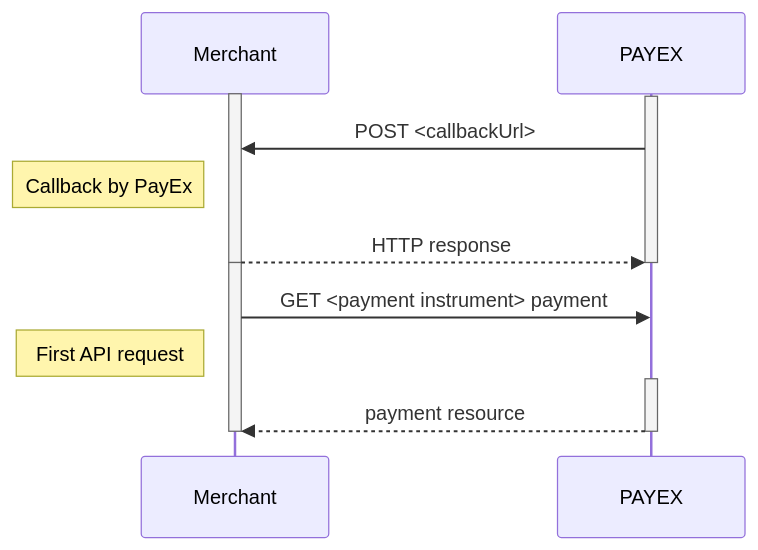
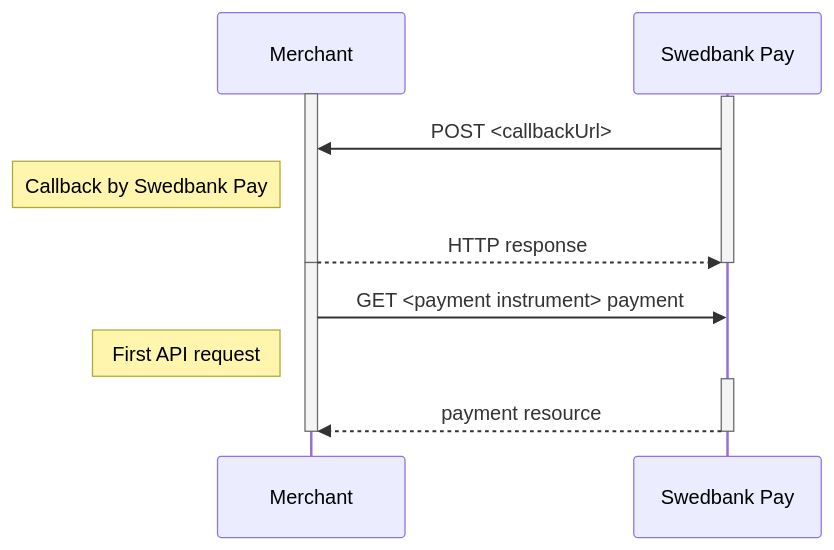
Before and after one commit to SwedbankPay/developer.swedbankpay.com: the diagram in _includes/callback-reference.md, drawn with Mermaid. The commit also changed other lines of this file and 2 other files, not shown here.

Commit message:
DX-363 Updated callback timings

````diff
--- a/_includes/callback-reference.md
+++ b/_includes/callback-reference.md
@@ -76,21 +76,21 @@
 ```mermaid
 sequenceDiagram
   Participant Merchant
-  Participant PAYEX
+  Participant swedbankpay as Swedbank Pay
 
   activate Merchant
-  activate PAYEX
-  PAYEX->>Merchant: POST <callbackUrl>
-  note left of Merchant: Callback by PayEx
-  Merchant-->>PAYEX: HTTP response
-  deactivate PAYEX
+  activate swedbankpay
+  swedbankpay->>Merchant: POST <callbackUrl>
+  note left of Merchant: Callback by Swedbank Pay
+  Merchant-->>swedbankpay: HTTP response
+  deactivate swedbankpay
   deactivate Merchant
 
   activate Merchant
-  Merchant->>PAYEX: GET <payment instrument> payment
+  Merchant->>swedbankpay: GET <payment instrument> payment
   note left of Merchant: First API request
-  activate PAYEX
-  PAYEX-->>Merchant: payment resource
-  deactivate PAYEX
+  activate swedbankpay
+  swedbankpay-->>Merchant: payment resource
+  deactivate swedbankpay
   deactivate Merchant
 ```
````
